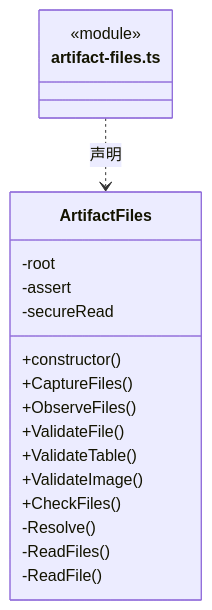
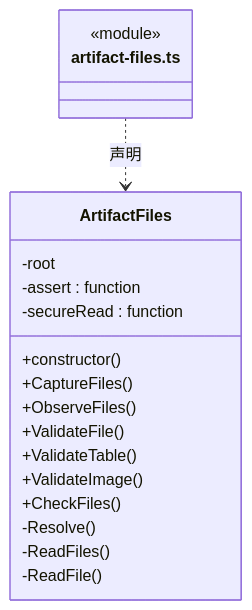
The second of 14 diagrams in src/logic/file-operations/platform/files/ARCHITECTURE.md (nan023062/cbim), drawn with Mermaid before and after one commit. The commit also changed other lines of this file and 137 other files, not shown here.

Commit message:
fix: align architecture generator with documentation standards

````diff
--- a/src/logic/file-operations/platform/files/ARCHITECTURE.md
+++ b/src/logic/file-operations/platform/files/ARCHITECTURE.md
@@ -69,22 +71,22 @@
 ```mermaid
 classDiagram
 class N_src_logic_file_operations_platform_files_artifact_files_ts["artifact-files.ts"] {
   <<module>>
 }
 class N_src_logic_file_operations_platform_files_artifact_files_ts_ArtifactFiles["ArtifactFiles"] {
   +constructor()
   +CaptureFiles()
   +ObserveFiles()
   +ValidateFile()
   +ValidateTable()
   +ValidateImage()
   +CheckFiles()
   -root
-  -assert
-  -secureRead
+  -assert : function
+  -secureRead : function
   -Resolve()
   -ReadFiles()
   -ReadFile()
 }
 N_src_logic_file_operations_platform_files_artifact_files_ts ..> N_src_logic_file_operations_platform_files_artifact_files_ts_ArtifactFiles : 声明
 ```
````
